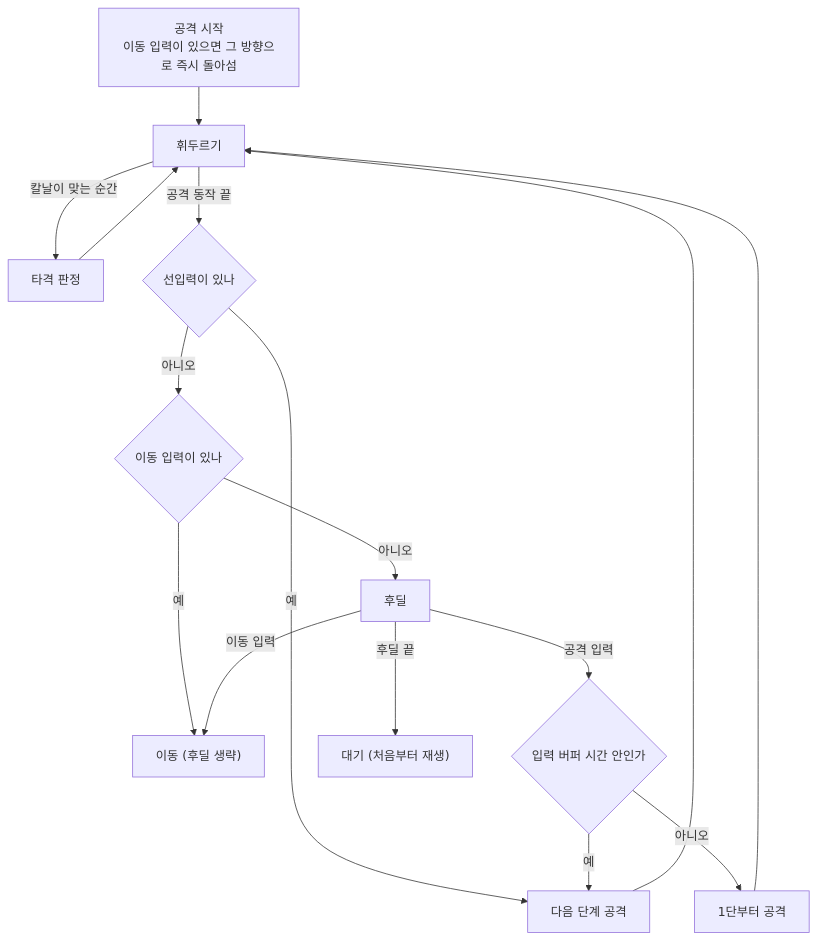
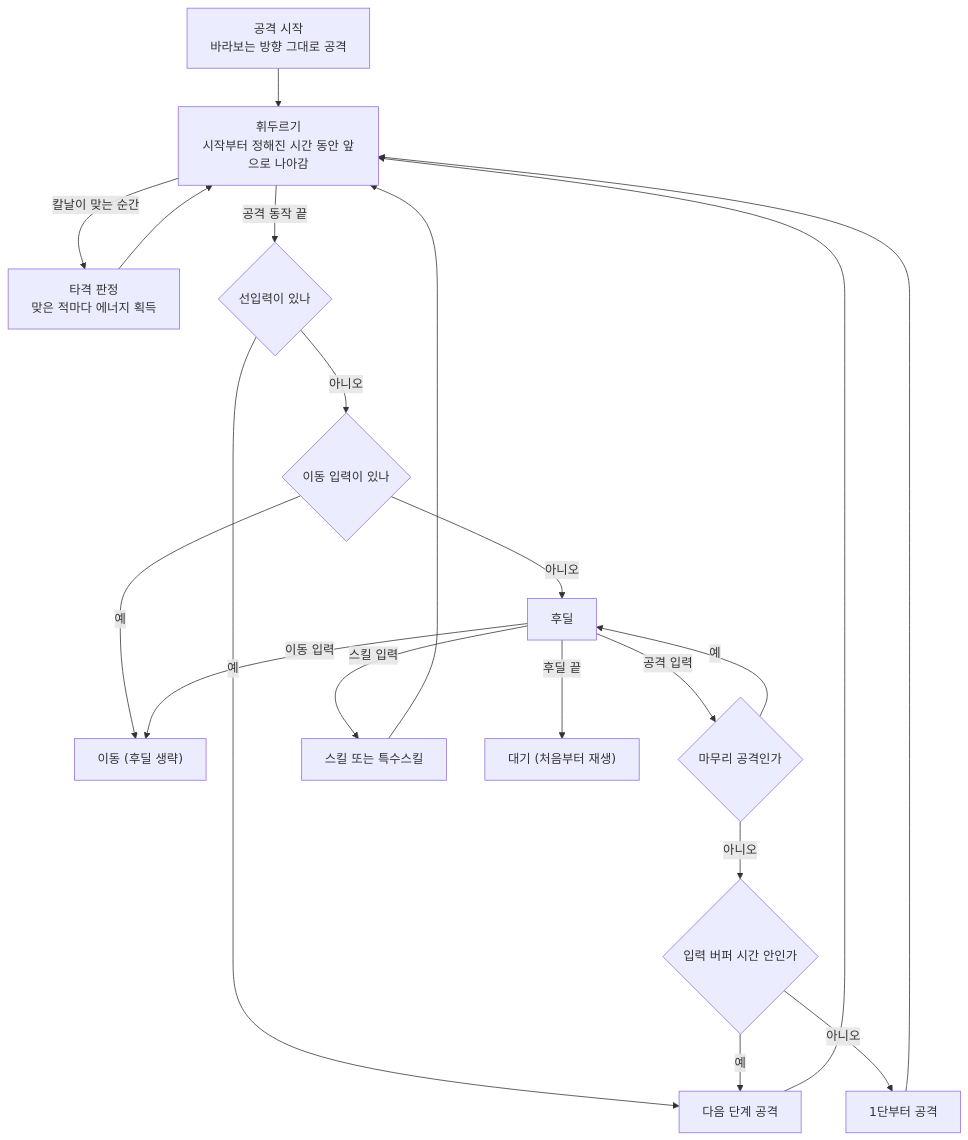
One commit to SquashPrince/Develrocket_mp15_HHH changed the first of 3 diagrams in Docs/Technical/Player/PlayerAttack.md. Above: the diagram before and after it, drawn with Mermaid. The commit also changed other lines of this file and 108 other files, not shown here.

````diff
--- a/Docs/Technical/Player/PlayerAttack.md
+++ b/Docs/Technical/Player/PlayerAttack.md
@@ -19,18 +21,22 @@
 ```mermaid
 flowchart TD
-    A["공격 시작<br>이동 입력이 있으면 그 방향으로 즉시 돌아섬"] --> B["휘두르기"]
-    B -->|"칼날이 맞는 순간"| H["타격 판정"]
+    A["공격 시작<br>바라보는 방향 그대로 공격"] --> B["휘두르기<br>시작부터 정해진 시간 동안 앞으로 나아감"]
+    B -->|"칼날이 맞는 순간"| H["타격 판정<br>맞은 적마다 에너지 획득"]
     H --> B
     B -->|"공격 동작 끝"| C{"선입력이 있나"}
     C -->|"예"| N["다음 단계 공격"]
     C -->|"아니오"| D{"이동 입력이 있나"}
     D -->|"예"| L["이동 (후딜 생략)"]
     D -->|"아니오"| R["후딜"]
-    R -->|"공격 입력"| K{"입력 버퍼 시간 안인가"}
+    R -->|"공격 입력"| M{"마무리 공격인가"}
+    M -->|"예"| R
+    M -->|"아니오"| K{"입력 버퍼 시간 안인가"}
     K -->|"예"| N
     K -->|"아니오"| F["1단부터 공격"]
+    R -->|"스킬 입력"| S["스킬 또는 특수스킬"]
     R -->|"이동 입력"| L
     R -->|"후딜 끝"| I["대기 (처음부터 재생)"]
     N --> B
     F --> B
+    S --> B
 ```
````
